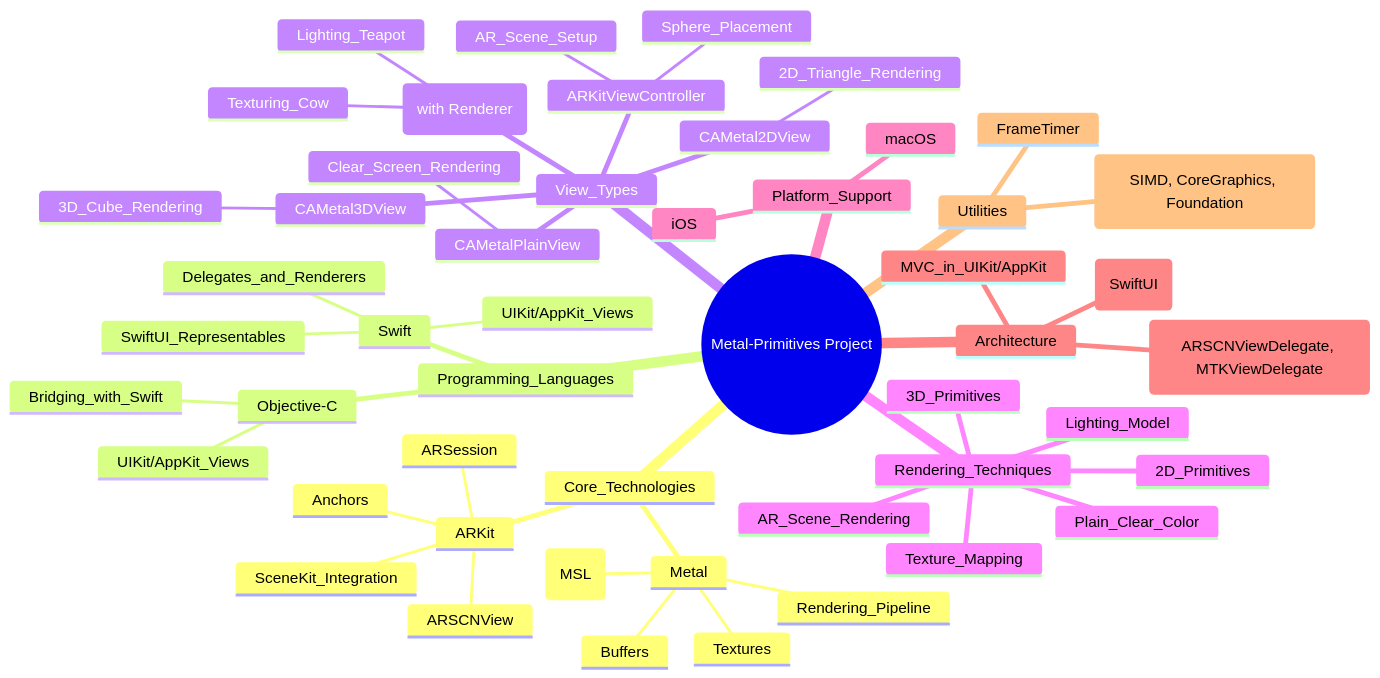
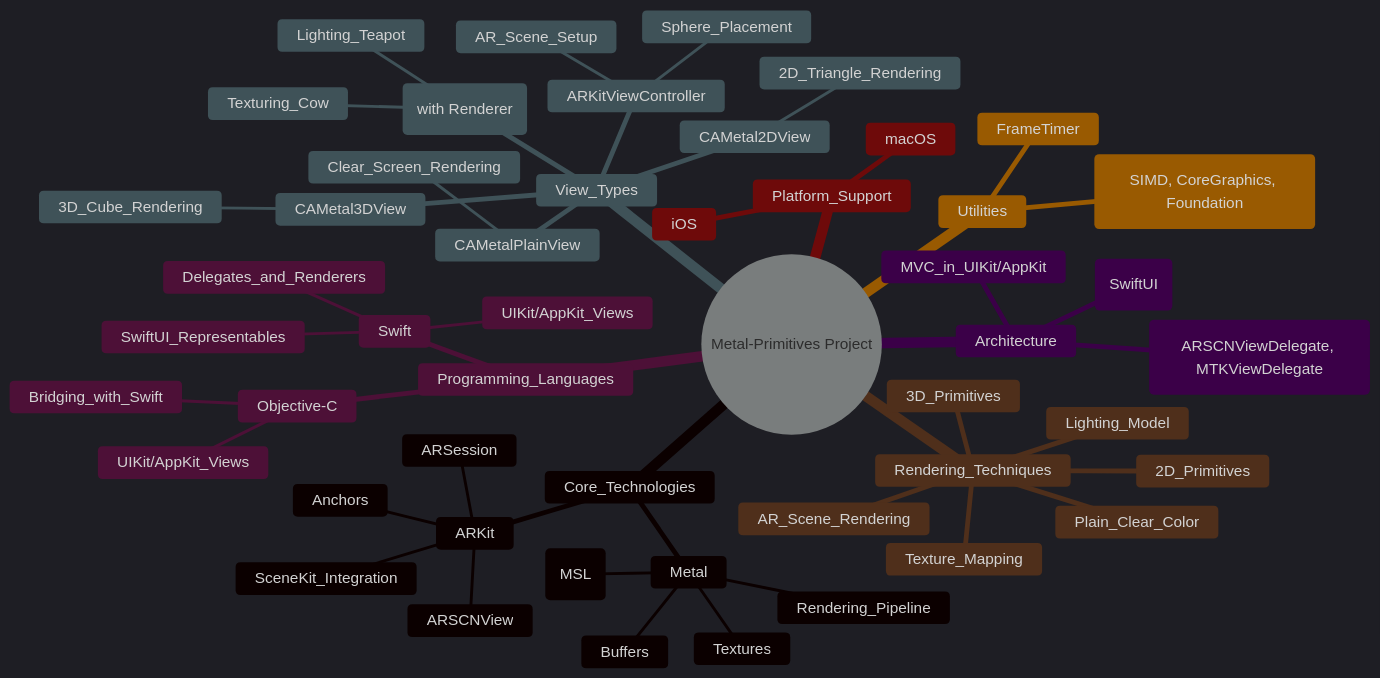
The first of 8 diagrams in Documentation_Consolidated_Version_Draft_1.md (CongLeSolutionX/Metal-Primitives), drawn with Mermaid before and after one commit. The commit also changed other lines of this file, not shown here.

````diff
--- a/Documentation_Consolidated_Version_Draft_1.md
+++ b/Documentation_Consolidated_Version_Draft_1.md
@@ -23,53 +23,57 @@
 ```mermaid
+---
+config:
+  theme: dark
+---
 mindmap
   root((Metal-Primitives Project))
     Core_Technologies
       Metal
         Rendering_Pipeline
         Shaders (MSL)
         Buffers
         Textures
       ARKit
         ARSession
         ARSCNView
         Anchors
         SceneKit_Integration
     Programming_Languages
       Swift
         UIKit/AppKit_Views
         SwiftUI_Representables
         Delegates_and_Renderers
       Objective-C
         UIKit/AppKit_Views
         Bridging_with_Swift
     View_Types
       CAMetalPlainView
         Clear_Screen_Rendering
       CAMetal2DView
         2D_Triangle_Rendering
       CAMetal3DView
         3D_Cube_Rendering
       MTKView (with Renderer)
         Lighting_Teapot
         Texturing_Cow
       ARKitViewController
         AR_Scene_Setup
         Sphere_Placement
     Rendering_Techniques
       Plain_Clear_Color
       2D_Primitives
       3D_Primitives
       Lighting_Model
       Texture_Mapping
       AR_Scene_Rendering
     Platform_Support
       iOS
       macOS
     Architecture
       MVC_in_UIKit/AppKit
       Representable_Pattern_(SwiftUI)
       Delegate_Pattern_(ARSCNViewDelegate, MTKViewDelegate)
     Utilities
       FrameTimer
       Extensions (SIMD, CoreGraphics, Foundation)
 ```
````
